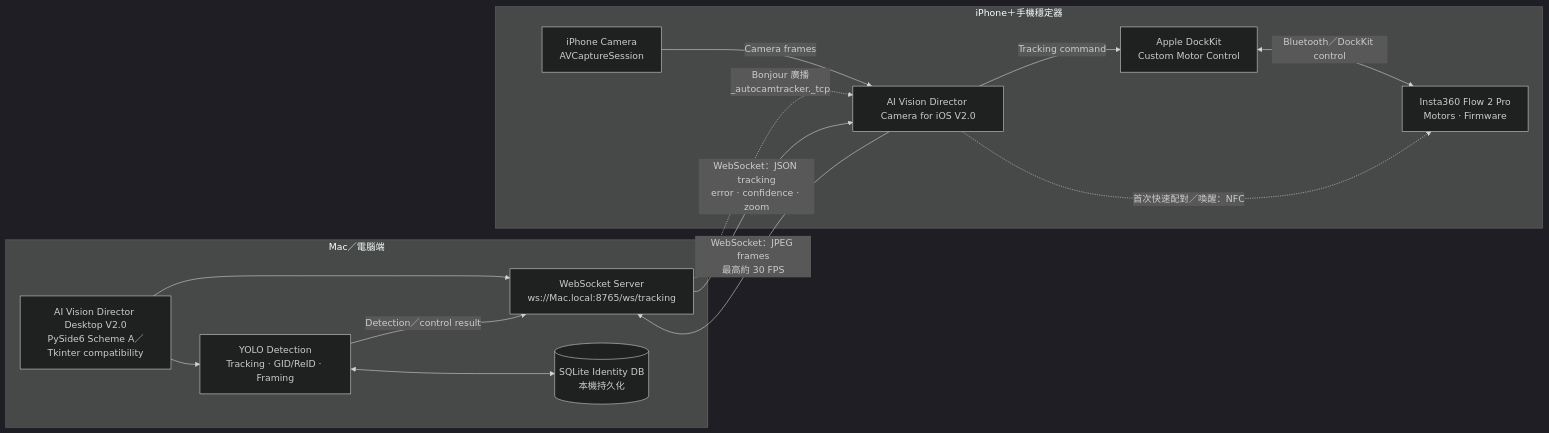
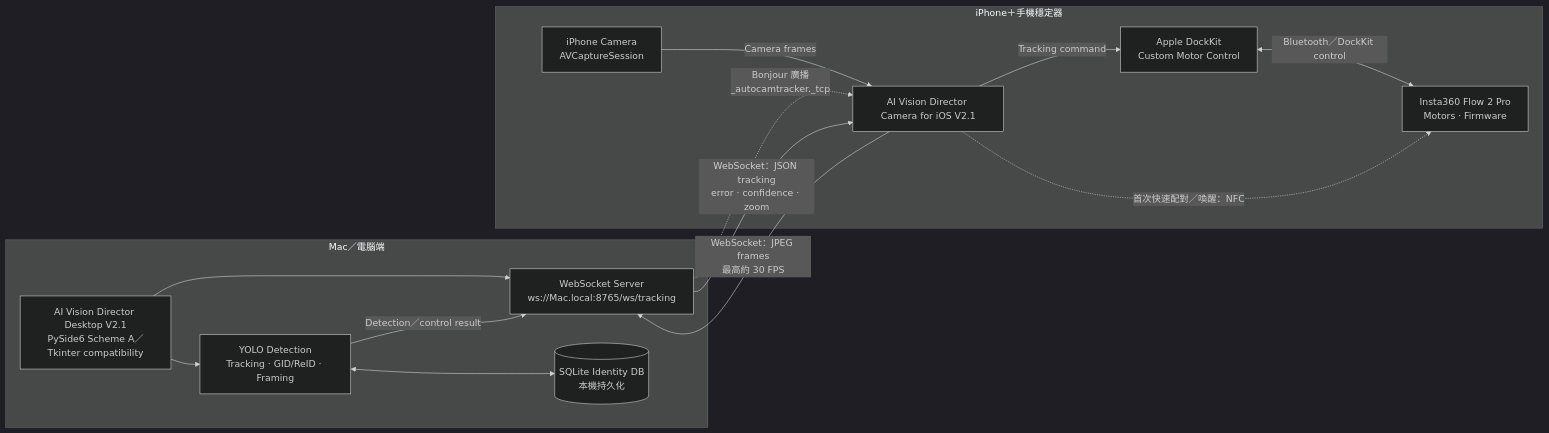
The first of 3 diagrams in README.md (LN-676/AI-Vision-Director), drawn with Mermaid (dark theme) before and after one commit. The commit also changed other lines of this file and 14 other files, not shown here.

Commit message:
release: AI Vision Director V2.1

````diff
--- a/README.md
+++ b/README.md
@@ -22,30 +22,30 @@
 ```mermaid
 flowchart LR
     subgraph COMPUTER["Mac／電腦端"]
-        DESKTOP["AI Vision Director Desktop V2.0<br/>PySide6 Scheme A／Tkinter compatibility"]
+        DESKTOP["AI Vision Director Desktop V2.1<br/>PySide6 Scheme A／Tkinter compatibility"]
         SERVER["WebSocket Server<br/>ws://Mac.local:8765/ws/tracking"]
         AI["YOLO Detection<br/>Tracking · GID/ReID · Framing"]
         DB[("SQLite Identity DB<br/>本機持久化")]
 
         DESKTOP --> SERVER
         DESKTOP --> AI
         AI <--> DB
     end
 
     subgraph MOBILE["iPhone＋手機穩定器"]
-        IOS["AI Vision Director Camera for iOS V2.0"]
+        IOS["AI Vision Director Camera for iOS V2.1"]
         CAMERA["iPhone Camera<br/>AVCaptureSession"]
         DOCKKIT["Apple DockKit<br/>Custom Motor Control"]
         GIMBAL["Insta360 Flow 2 Pro<br/>Motors · Firmware"]
 
         CAMERA -->|"Camera frames"| IOS
         IOS -->|"Tracking command"| DOCKKIT
         DOCKKIT <-->|"Bluetooth／DockKit control"| GIMBAL
         IOS -.->|"首次快速配對／喚醒：NFC"| GIMBAL
     end
 
     SERVER -.->|"Bonjour 廣播<br/>_autocamtracker._tcp"| IOS
     IOS -->|"WebSocket：JPEG frames<br/>最高約 30 FPS"| SERVER
     SERVER -->|"WebSocket：JSON tracking<br/>error · confidence · zoom"| IOS
     AI -->|"Detection／control result"| SERVER
 ```
````
